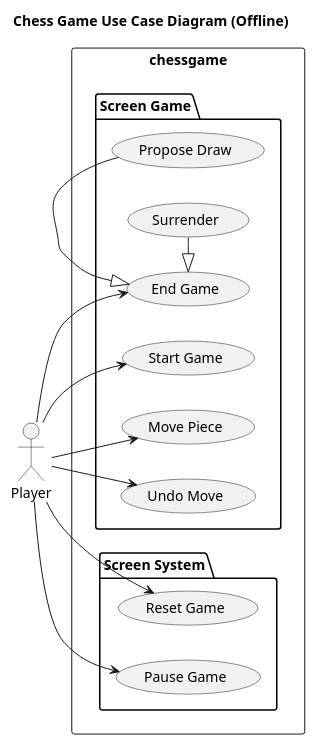
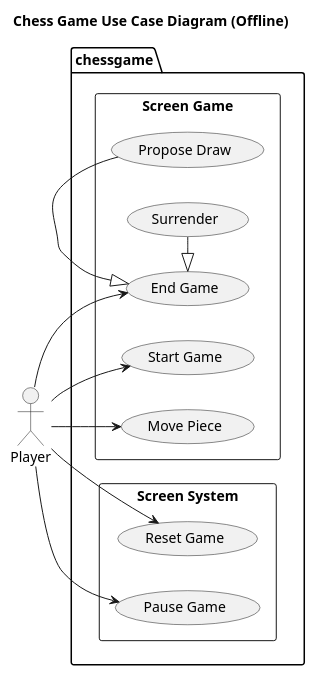
Before and after one commit to babobi161504/Diagram-Chess-Game: the diagram in Use Case Diagram/useCase.pu, drawn with PlantUML. The commit also changed 19 other files, not shown here.

Commit message:
Nghia | fix activity, class diagram and add images

```diff
--- a/Use Case Diagram/useCase.pu
+++ b/Use Case Diagram/useCase.pu
@@ -1,31 +1,29 @@
 @startuml Chess Game
 title Chess Game Use Case Diagram (Offline)
 left to right direction
 actor Player
-rectangle chessgame {
+package chessgame {
 
-package "Screen Game" {
+rectangle "Screen Game" {
     usecase "Start Game" as StartGame
     usecase "Move Piece" as MovePiece
-    usecase "Undo Move" as UndoMove
     usecase "End Game" as EndGame
     usecase "Propose Draw" as ProposeDraw
     usecase "Surrender" as Surrender
 }
 
-package "Screen System" {
+rectangle "Screen System" {
     usecase "Reset Game" as ResetGame
     usecase "Pause Game" as PauseGame
 }
 
 Player -down-> StartGame
 Player -down-> MovePiece
 Player -down-> ResetGame
-Player -down-> UndoMove
 Player -down-> PauseGame
 Player -down-> EndGame
 
 EndGame <|- ProposeDraw
 EndGame <|- Surrender
 }
 @enduml
```
